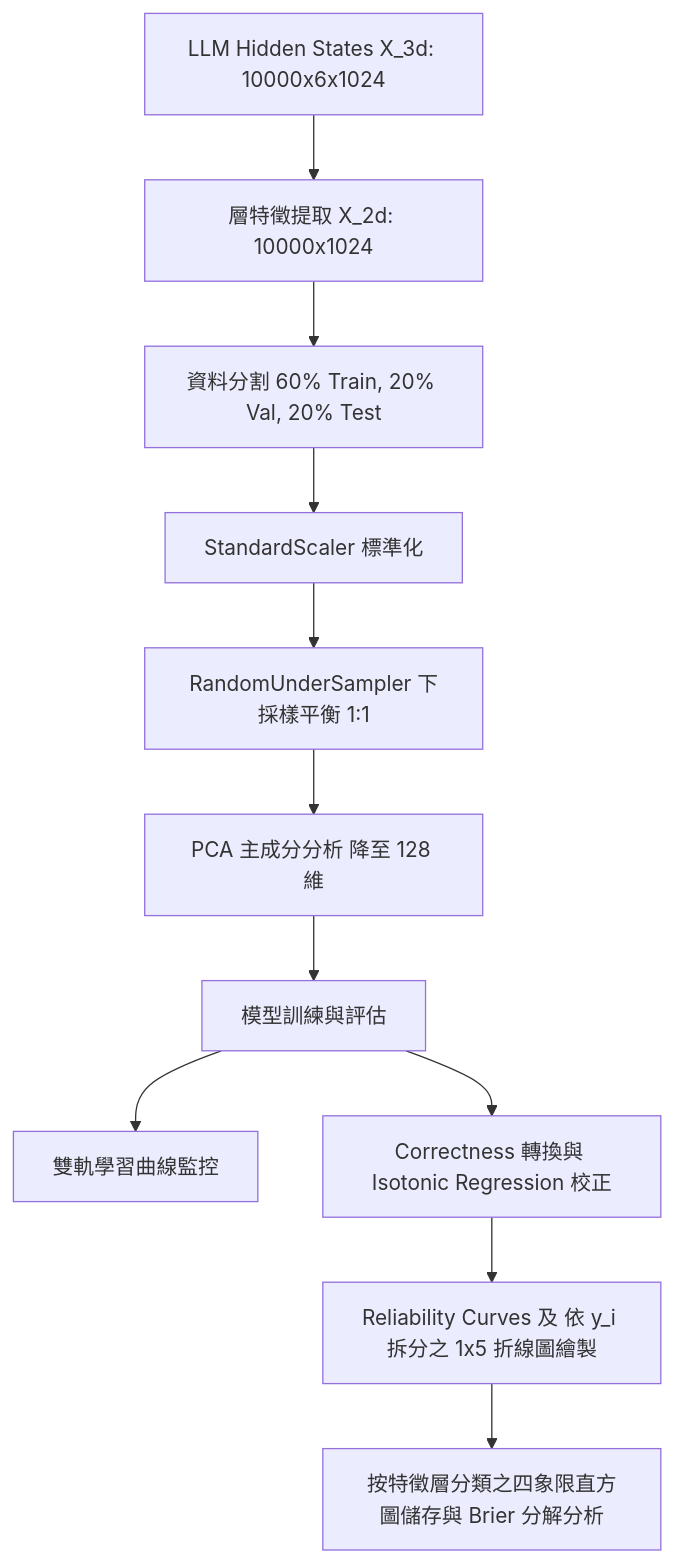
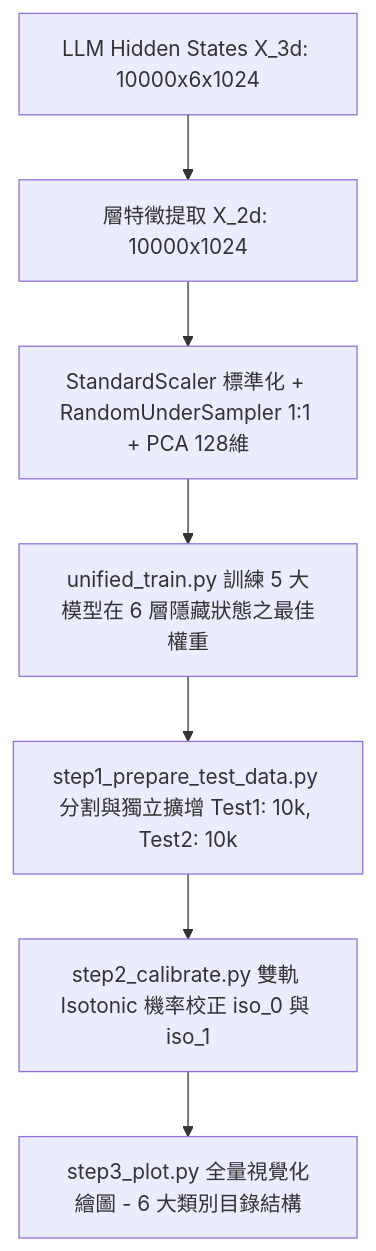
Before and after one commit to weiwei20060505/Safety-training-dataset: the diagram in EXECUTION_SUMMARY.md, drawn with Mermaid. The commit also changed other lines of this file and 2043 other files, not shown here.

````diff
--- a/EXECUTION_SUMMARY.md
+++ b/EXECUTION_SUMMARY.md
@@ -24,13 +24,9 @@
 ```mermaid
 graph TD
     A[LLM Hidden States X_3d: 10000x6x1024] --> B[層特徵提取 X_2d: 10000x1024]
-    B --> C[資料分割 60% Train, 20% Val, 20% Test]
-    C --> D[StandardScaler 標準化]
-    D --> E[RandomUnderSampler 下採樣平衡 1:1]
-    E --> F[PCA 主成分分析 降至 128 維]
-    F --> G[模型訓練與評估]
-    G --> H[雙軌學習曲線監控]
-    G --> I[Correctness 轉換與 Isotonic Regression 校正]
-    I --> J[Reliability Curves 及 依 y_i 拆分之 1x5 折線圖繪製]
-    J --> K[按特徵層分類之四象限直方圖儲存與 Brier 分解分析]
+    B --> C[StandardScaler 標準化 + RandomUnderSampler 1:1 + PCA 128維]
+    C --> D[unified_train.py 訓練 5 大模型在 6 層隱藏狀態之最佳權重]
+    D --> E[step1_prepare_test_data.py 分割與獨立擴增 Test1: 10k, Test2: 10k]
+    E --> F[step2_calibrate.py 雙軌 Isotonic 機率校正 iso_0 與 iso_1]
+    F --> G[step3_plot.py 全量視覺化繪圖 - 6 大類別目錄結構]
 ```
````
